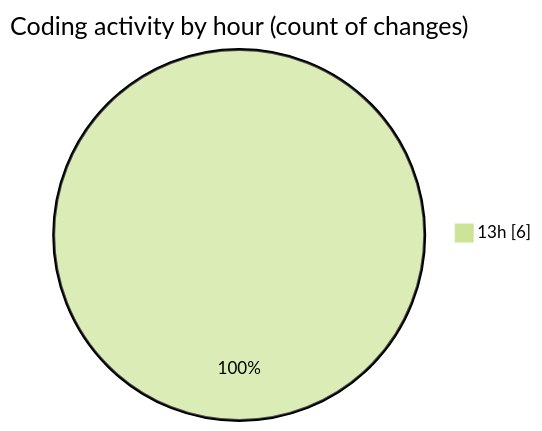
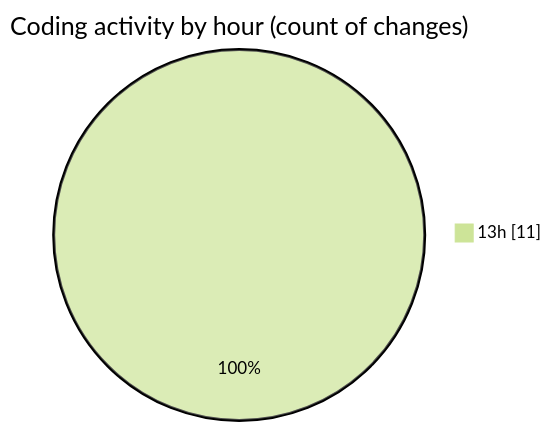
Before and after one commit to MatusMokan/code-tracking: the second of 2 diagrams in 2025-10-04/untitled__workspace_/README.md, drawn with Mermaid (forest theme). The commit also changed other lines of this file and 1 other file, not shown here.

````diff
--- a/2025-10-04/untitled__workspace_/README.md
+++ b/2025-10-04/untitled__workspace_/README.md
@@ -33,5 +33,5 @@
 ```mermaid
 pie showData
 title Coding activity by hour (count of changes)
-"13h" : 6
+"13h" : 11
 ```
````
